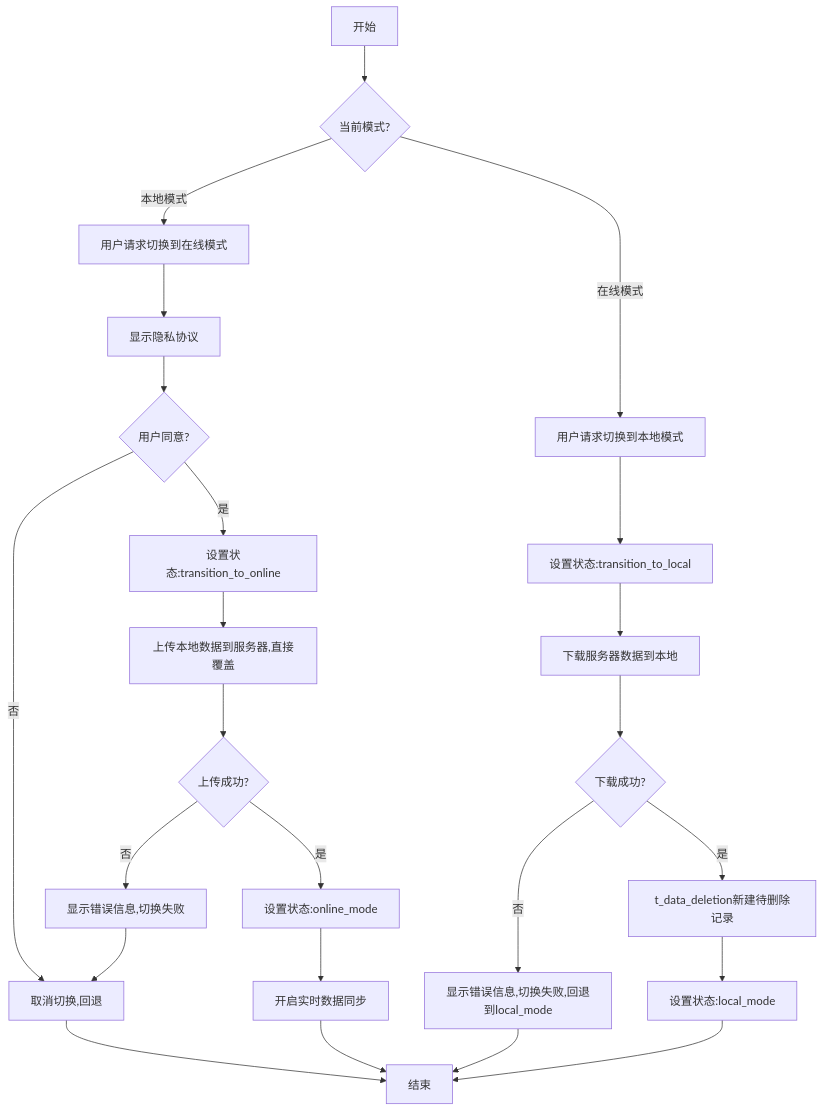
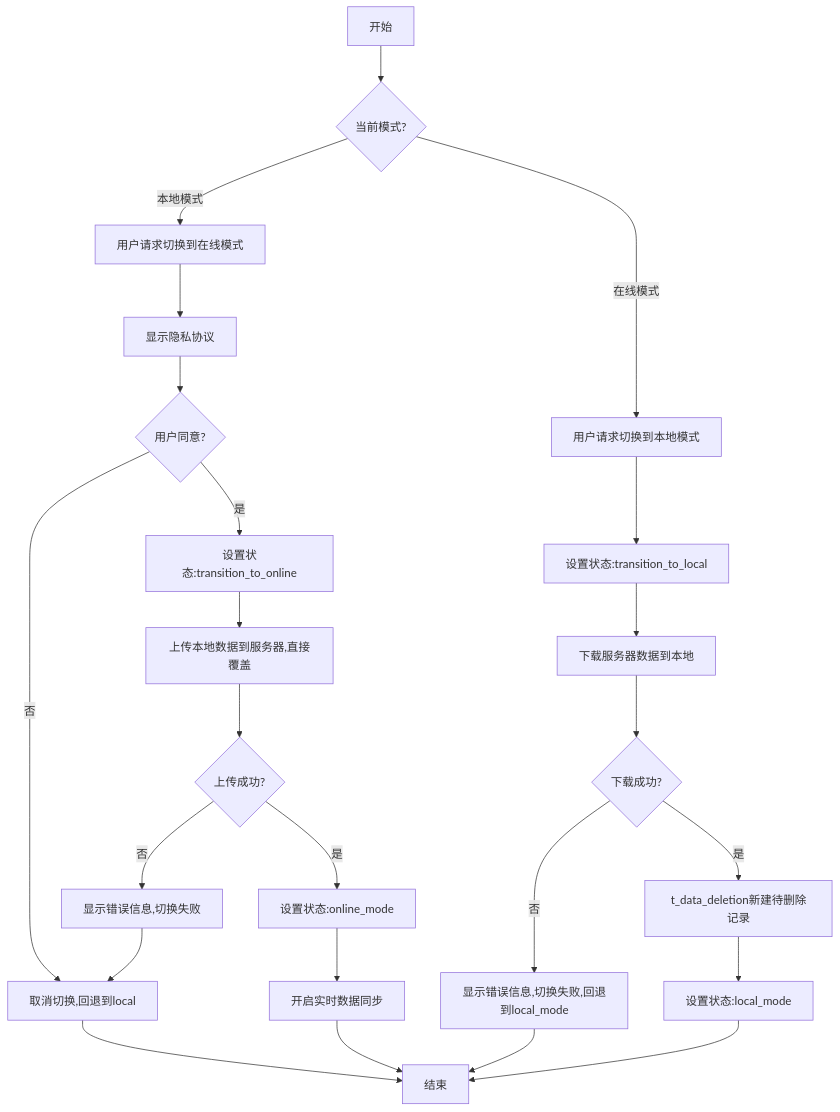
The diagram in all/未命名-56.md (yingjianzh/iodraw-files), drawn with Mermaid before and after one commit.

Commit message:
2025-05-12 10:05:10 update

````diff
--- a/all/未命名-56.md
+++ b/all/未命名-56.md
@@ -1,33 +1,33 @@
 ```mermaid
 
 
 flowchart TD
     A[开始] --> B{当前模式?}
     
     B -->|本地模式| C[用户请求切换到在线模式]
     C --> F[显示隐私协议]
     F --> G{用户同意?}
-    G -->|否| H[取消切换,回退]
+    G -->|否| H[取消切换,回退到local]
     H --> Z[结束]
     G -->|是| I[设置状态:transition_to_online]
     I --> O[上传本地数据到服务器,直接覆盖]
     O --> P{上传成功?}
     P -->|否| Q[显示错误信息,切换失败]
     Q --> H
     P -->|是| R[设置状态:online_mode]
     R --> S[开启实时数据同步]
     S --> Z
     
     B -->|在线模式| T[用户请求切换到本地模式]
     T --> U[设置状态:transition_to_local]
     U --> X[下载服务器数据到本地]
     X --> Y{下载成功?}
     Y -->|否| AA2[显示错误信息,切换失败,回退到local_mode]
     AA2 --> Z
     Y -->|是| AB2[t_data_deletion新建待删除记录]
 
 
     AB2 -->AE[设置状态:local_mode]
     AE --> Z
 
 ```
````
